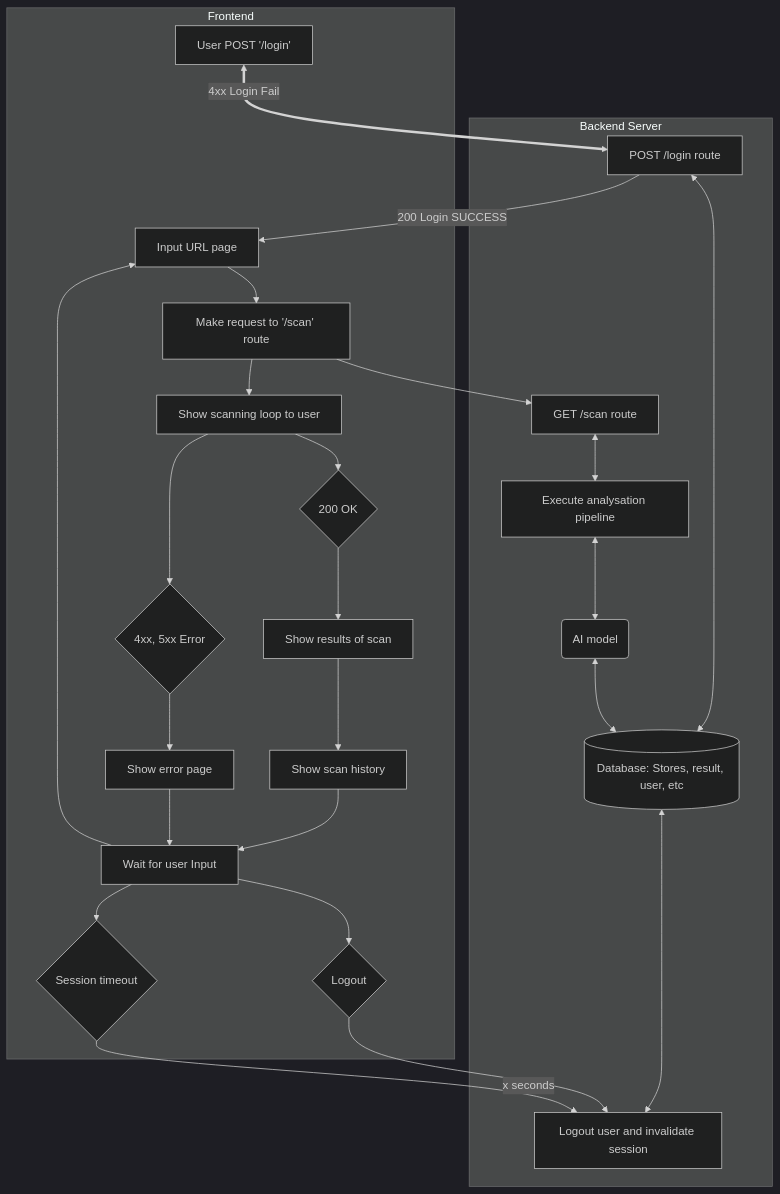
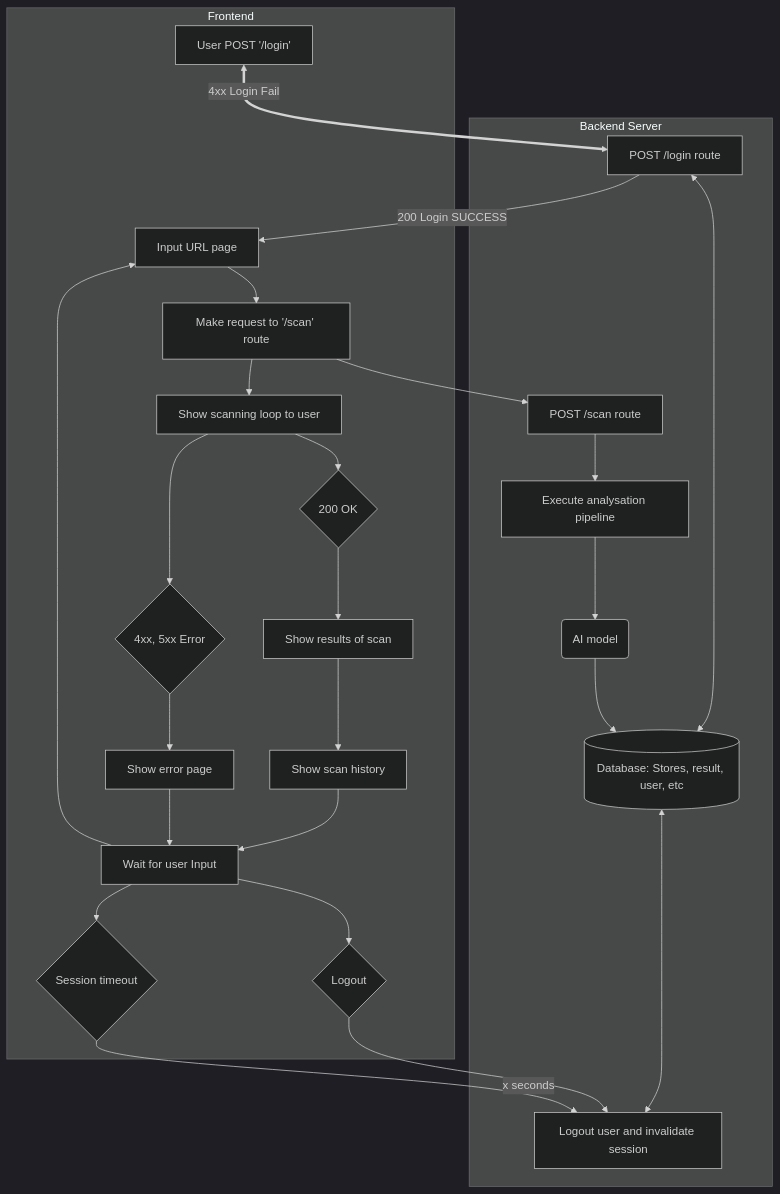
The diagram in docs/front-end.mermaid (arctic-cheetah/COMP3900-Project), drawn with Mermaid (dark theme) before and after one commit. The commit also changed 7 other files, not shown here.

```diff
--- a/docs/front-end.mermaid
+++ b/docs/front-end.mermaid
@@ -1,54 +1,54 @@
 graph TD
 
     subgraph backend["Backend Server"]
-        c1["GET /scan route"]
+        c1["POST /scan route"]
         c0["POST /login route"]
 
         c2["Execute analysation pipeline"]
         c3("AI model")
         c4[("Database: Stores, result, user, etc")]
         c5["Logout user and invalidate session"]
 
-        c1<-->c2<-->c3<-->c4
+        c1-->c2-->c3-->c4
         c0<-->c4
         c4<-->c5
+        %% c4-->b3
     end
 
     subgraph frontend["Frontend"]
         a0["User POST '/login' "]
-        
 
         a0<==>|4xx Login Fail|c0
         
         b2-->c1
         c0-->|200 Login SUCCESS|b1
 
         b1["Input URL page"]
         b2["Make request to '/scan' route"]
         b3["Show scanning loop to user"]
         b4{"200 OK"}
         b5{"4xx, 5xx Error"}
         b6["Show results of scan"]
         b7["Show scan history"]
         b8["Show error page"] 
         b9["Wait for user Input"]
 
         b1-->b2
         b2-->b3
         b3-->b4
         b3-->b5
         b5-->b8
 
         b4-->b6-->b7
         b8-->b9
         b7-->b9
         b9-->b1
 
         b9-->e1
         b9-->e2
         e1{"Logout"}
         e2{"Session timeout"}
         e1-->c5
         e2-->|x seconds|c5
         
     end
```
